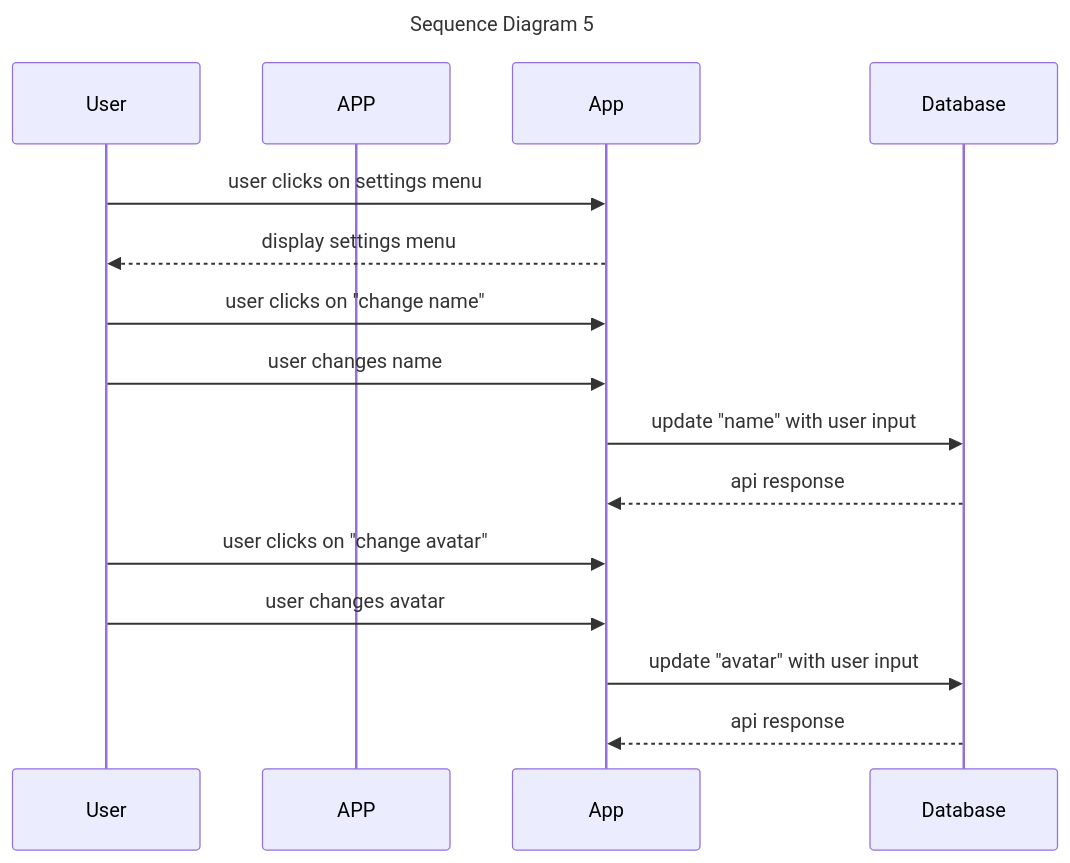
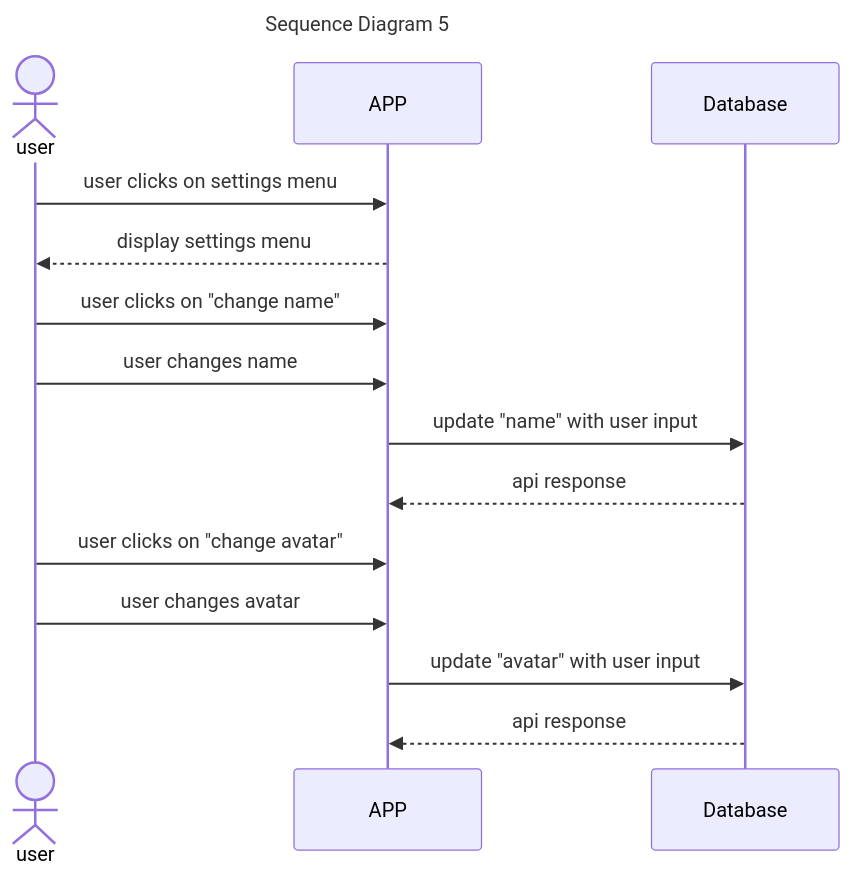
Before and after one commit to Capstone-Projects-2023-Fall/project-ar-pet-pals: the fifth of 8 diagrams in documentation/docs/system-architecture/sequence-diagrams.md, drawn with Mermaid.

````diff
--- a/documentation/docs/system-architecture/sequence-diagrams.md
+++ b/documentation/docs/system-architecture/sequence-diagrams.md
@@ -178,18 +178,18 @@
 ```mermaid
 sequenceDiagram
     title Sequence Diagram 5
 
-    participant User
+    actor user
     participant APP
 
-    User->>App: user clicks on settings menu
-    App-->>User: display settings menu
-    User->>App: user clicks on "change name"
-    User->>App: user changes name
-    App->>Database: update "name" with user input
-    Database-->>App: api response
-    User->>App: user clicks on "change avatar"
-    User->>App: user changes avatar
-    App->>Database: update "avatar" with user input
-    Database-->>App: api response
+    user->>APP: user clicks on settings menu
+    APP-->>user: display settings menu
+    user->>APP: user clicks on "change name"
+    user->>APP: user changes name
+    APP->>Database: update "name" with user input
+    Database-->>APP: api response
+    user->>APP: user clicks on "change avatar"
+    user->>APP: user changes avatar
+    APP->>Database: update "avatar" with user input
+    Database-->>APP: api response
 ```
````
